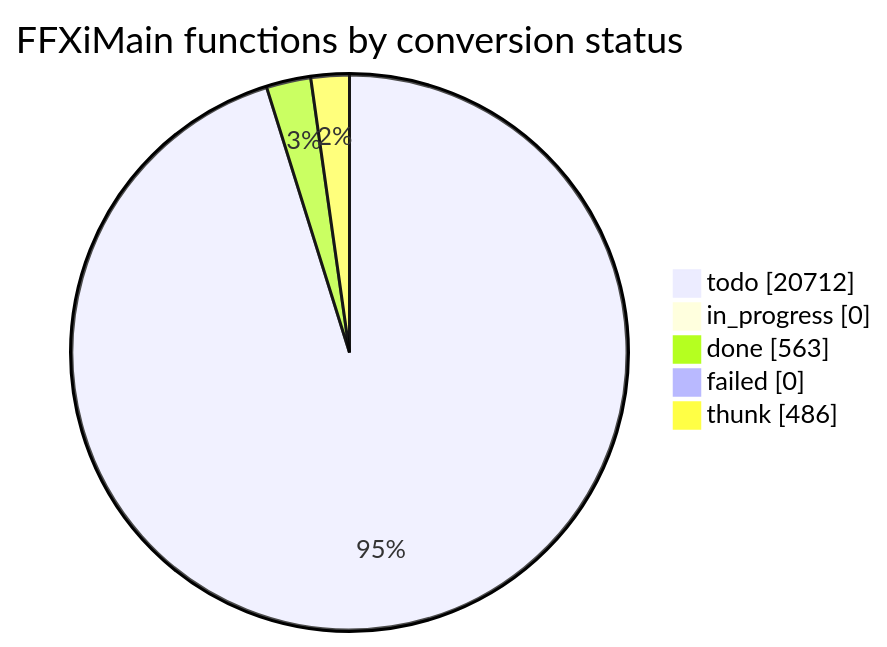
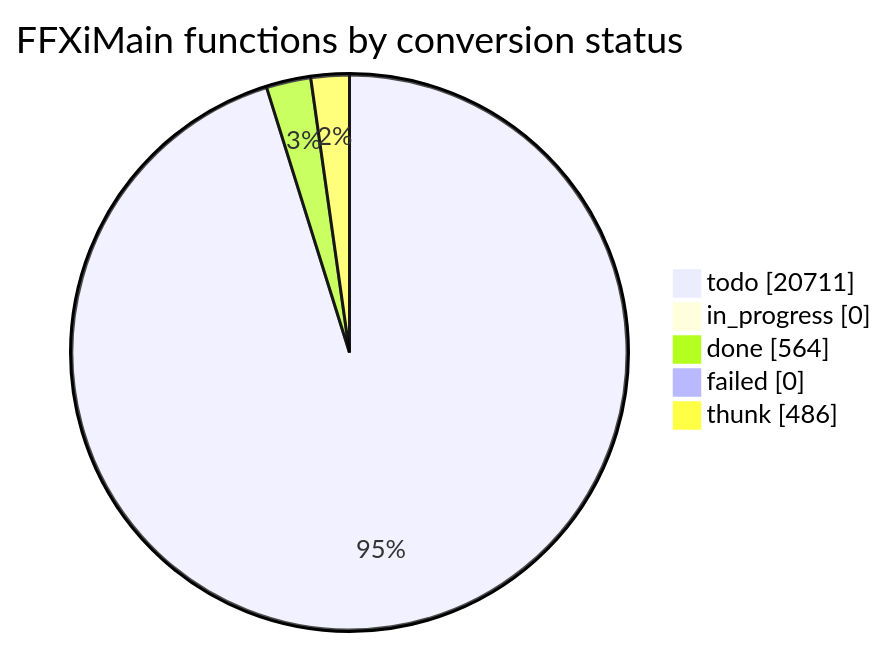
Before and after one commit to cowrevenge/cow_kuluu_xi_anything: the diagram in docs/cow/STATUS.md, drawn with Mermaid. The commit also changed other lines of this file and 9 other files, not shown here.

````diff
--- a/docs/cow/STATUS.md
+++ b/docs/cow/STATUS.md
@@ -18,9 +18,9 @@
 ```mermaid
 pie showData
     title FFXiMain functions by conversion status
-    "todo" : 20712
+    "todo" : 20711
     "in_progress" : 0
-    "done" : 563
+    "done" : 564
     "failed" : 0
     "thunk" : 486
 ```
````
